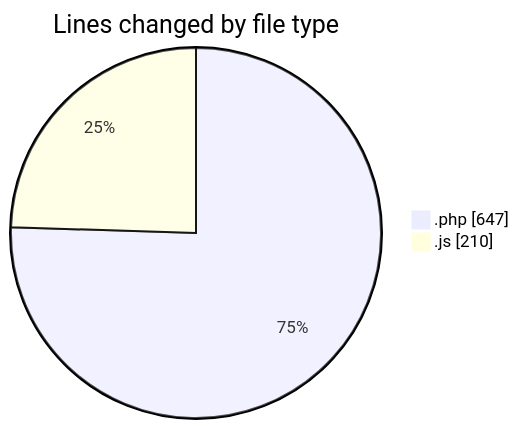
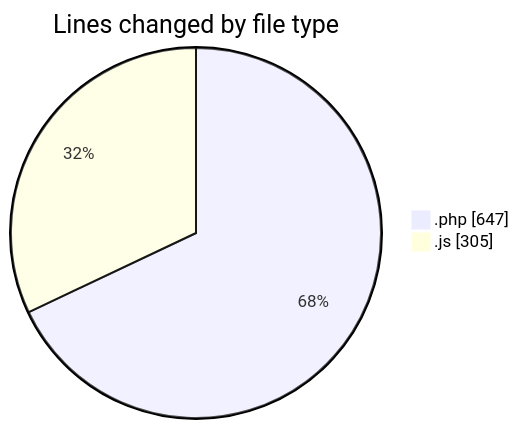
The first of 2 diagrams in 2026-07-28/untitled__workspace_/README.md (debugP/code-tracking), drawn with Mermaid before and after one commit. The commit also changed other lines of this file and 1 other file, not shown here.

````diff
--- a/2026-07-28/untitled__workspace_/README.md
+++ b/2026-07-28/untitled__workspace_/README.md
@@ -21,6 +21,6 @@
 ```mermaid
 pie showData
 title Lines changed by file type
 ".php" : 647
-".js" : 210
+".js" : 305
 ```
````
